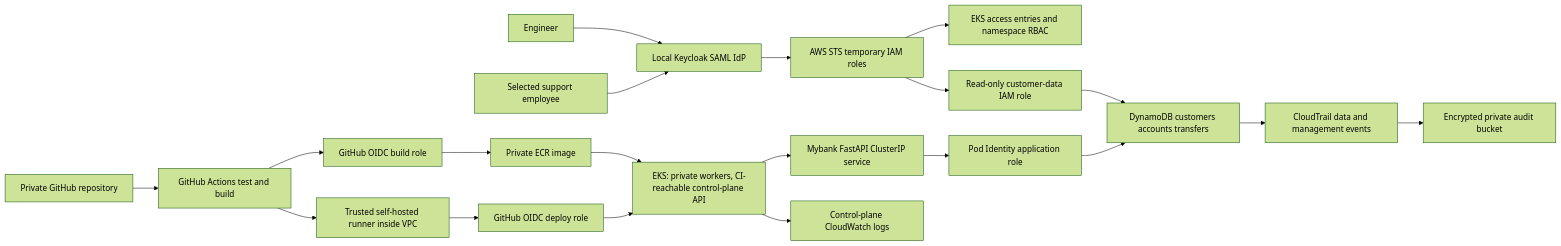
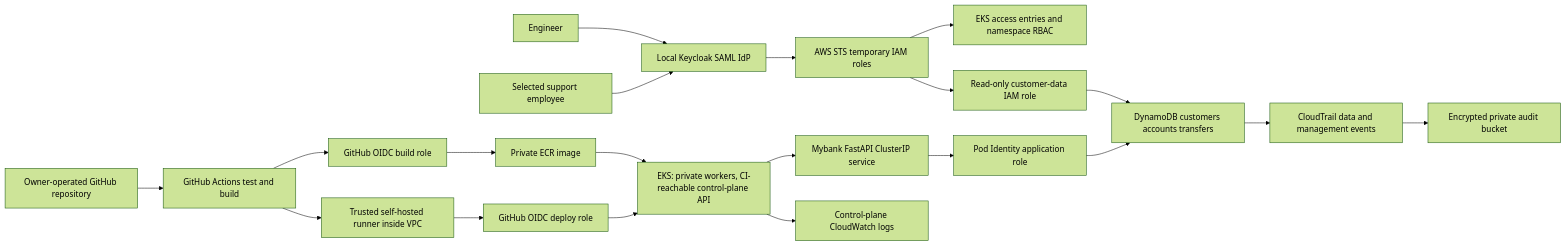
Before and after one commit to aleduenas/ci-identity-heist-demo: the first of 2 diagrams in docs/architecture.md, drawn with Mermaid (forest theme). The commit also changed other lines of this file and 18 other files, not shown here.

````diff
--- a/docs/architecture.md
+++ b/docs/architecture.md
@@ -11,22 +11,22 @@
 ```mermaid
 flowchart LR
   Engineer[Engineer] --> KC[Local Keycloak SAML IdP]
   Support[Selected support employee] --> KC
   KC --> STS[AWS STS temporary IAM roles]
   STS --> Access[EKS access entries and namespace RBAC]
   STS --> Read[Read-only customer-data IAM role]
-  Repo[Private GitHub repository] --> CI[GitHub Actions test and build]
+  Repo[Owner-operated GitHub repository] --> CI[GitHub Actions test and build]
   CI --> OIDC[GitHub OIDC build role]
   OIDC --> ECR[Private ECR image]
   CI --> CD[Trusted self-hosted runner inside VPC]
   CD --> Deploy[GitHub OIDC deploy role]
   Deploy --> EKS[EKS: private workers, CI-reachable control-plane API]
   ECR --> EKS
   EKS --> API[Mybank FastAPI ClusterIP service]
   API --> Pod[Pod Identity application role]
   Pod --> DB[DynamoDB customers accounts transfers]
   Read --> DB
   EKS --> Logs[Control-plane CloudWatch logs]
   DB --> Trail[CloudTrail data and management events]
   Trail --> S3[Encrypted private audit bucket]
 ```
````
